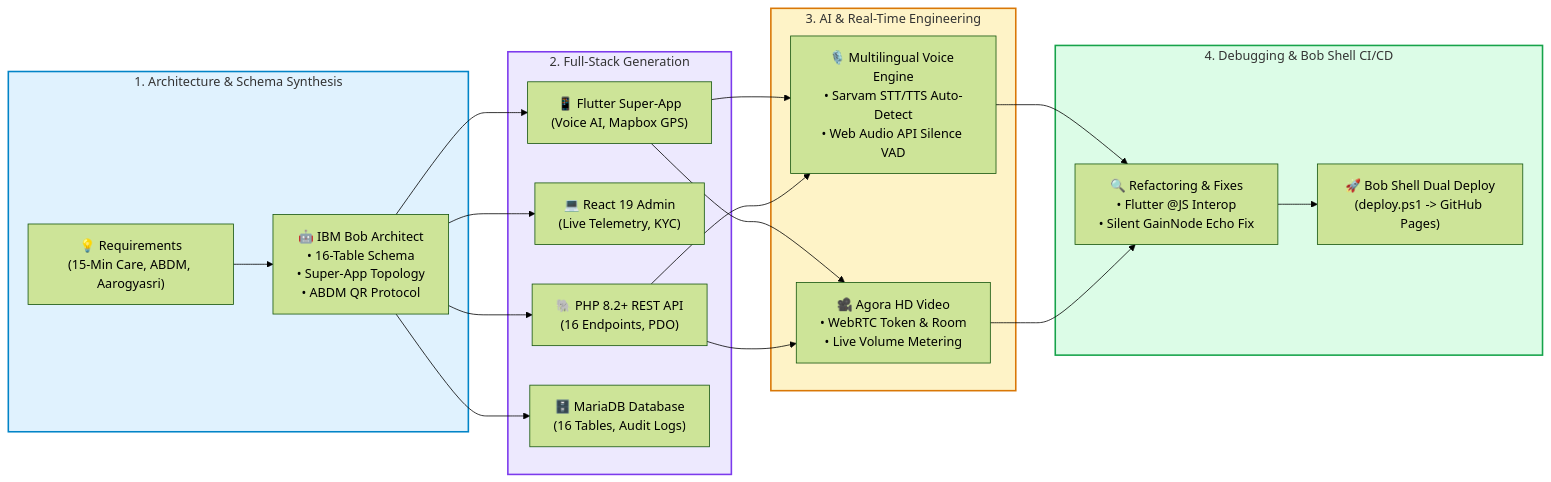
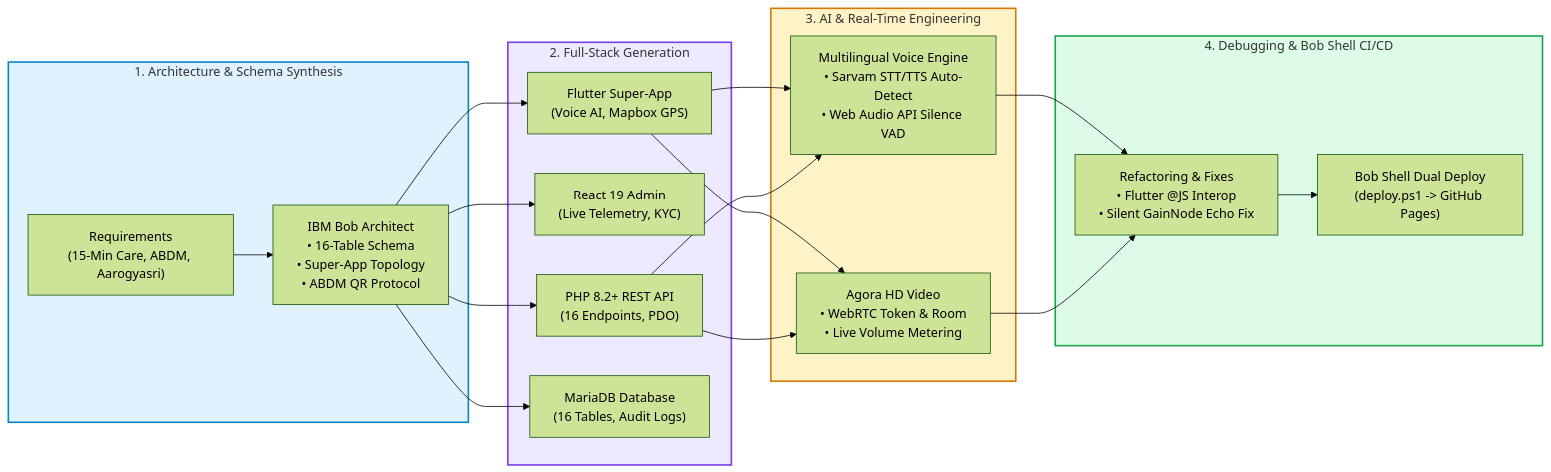
The first of 11 diagrams in README.md (pavanstarkin-tech/healthyxpress_medha), drawn with Mermaid (forest theme) before and after one commit. The commit also changed other lines of this file, not shown here.

````diff
--- a/README.md
+++ b/README.md
@@ -32,31 +32,31 @@
 ```mermaid
 flowchart LR
     subgraph BobArchitecture["1. Architecture & Schema Synthesis"]
-        Spec["💡 Requirements<br/>(15-Min Care, ABDM, Aarogyasri)"] --> BobArch["🤖 IBM Bob Architect<br/>• 16-Table Schema<br/>• Super-App Topology<br/>• ABDM QR Protocol"]
+        Spec["Requirements<br/>(15-Min Care, ABDM, Aarogyasri)"] --> BobArch["IBM Bob Architect<br/>• 16-Table Schema<br/>• Super-App Topology<br/>• ABDM QR Protocol"]
     end
 
     subgraph BobCodeGen["2. Full-Stack Generation"]
-        BobFlutter["📱 Flutter Super-App<br/>(Voice AI, Mapbox GPS)"]
-        BobReact["💻 React 19 Admin<br/>(Live Telemetry, KYC)"]
-        BobPHP["🐘 PHP 8.2+ REST API<br/>(16 Endpoints, PDO)"]
-        BobSQL["🗄️ MariaDB Database<br/>(16 Tables, Audit Logs)"]
+        BobFlutter["Flutter Super-App<br/>(Voice AI, Mapbox GPS)"]
+        BobReact["React 19 Admin<br/>(Live Telemetry, KYC)"]
+        BobPHP["PHP 8.2+ REST API<br/>(16 Endpoints, PDO)"]
+        BobSQL["MariaDB Database<br/>(16 Tables, Audit Logs)"]
     end
 
     subgraph BobAIIntegration["3. AI & Real-Time Engineering"]
-        BobVoice["🎙️ Multilingual Voice Engine<br/>• Sarvam STT/TTS Auto-Detect<br/>• Web Audio API Silence VAD"]
-        BobWebRTC["🎥 Agora HD Video<br/>• WebRTC Token & Room<br/>• Live Volume Metering"]
+        BobVoice["Multilingual Voice Engine<br/>• Sarvam STT/TTS Auto-Detect<br/>• Web Audio API Silence VAD"]
+        BobWebRTC["Agora HD Video<br/>• WebRTC Token & Room<br/>• Live Volume Metering"]
     end
 
     subgraph BobQA["4. Debugging & Bob Shell CI/CD"]
-        BobFix["🔍 Refactoring & Fixes<br/>• Flutter @JS Interop<br/>• Silent GainNode Echo Fix"] --> BobDeploy["🚀 Bob Shell Dual Deploy<br/>(deploy.ps1 -> GitHub Pages)"]
+        BobFix["Refactoring & Fixes<br/>• Flutter @JS Interop<br/>• Silent GainNode Echo Fix"] --> BobDeploy["Bob Shell Dual Deploy<br/>(deploy.ps1 -> GitHub Pages)"]
     end
 
     BobArch --> BobFlutter & BobReact & BobPHP & BobSQL
     BobFlutter & BobPHP --> BobVoice & BobWebRTC
     BobVoice & BobWebRTC --> BobFix
 
     style BobArchitecture fill:#E0F2FE,stroke:#0284C7,stroke-width:2px
     style BobCodeGen fill:#EDE9FE,stroke:#7C3AED,stroke-width:2px
     style BobAIIntegration fill:#FEF3C7,stroke:#D97706,stroke-width:2px
     style BobQA fill:#DCFCE7,stroke:#16A34A,stroke-width:2px
 ```
````
